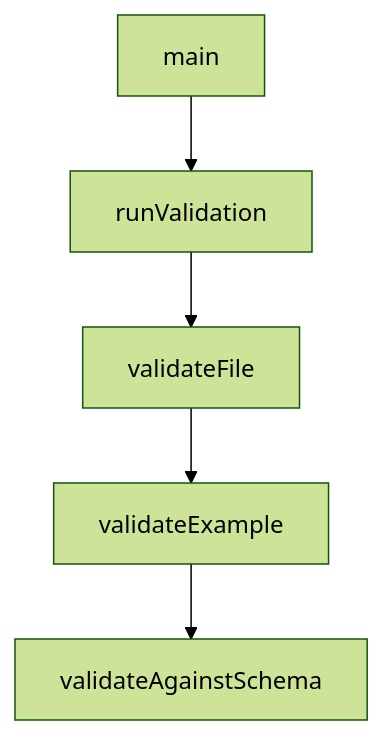
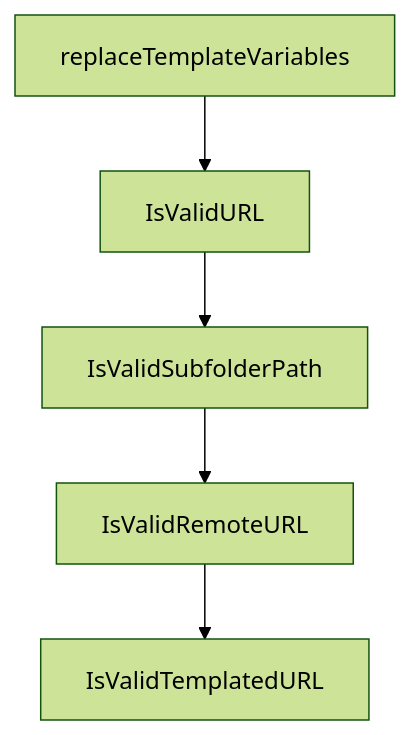
One commit to johnxie/awesome-code-docs changed the diagram in tutorials/mcp-registry-tutorial/06-versioning-governance-and-moderation-lifecycle.md. Above: the diagram before and after it, drawn with Mermaid (forest theme). The commit also changed other lines of this file and 1232 other files, not shown here.

````diff
--- a/tutorials/mcp-registry-tutorial/06-versioning-governance-and-moderation-lifecycle.md
+++ b/tutorials/mcp-registry-tutorial/06-versioning-governance-and-moderation-lifecycle.md
@@ -219,12 +217,12 @@
 ```mermaid
 flowchart TD
-    A[main]
-    B[runValidation]
-    C[validateFile]
-    D[validateExample]
-    E[validateAgainstSchema]
+    A[replaceTemplateVariables]
+    B[IsValidURL]
+    C[IsValidSubfolderPath]
+    D[IsValidRemoteURL]
+    E[IsValidTemplatedURL]
     A --> B
     B --> C
     C --> D
     D --> E
 ```
````
